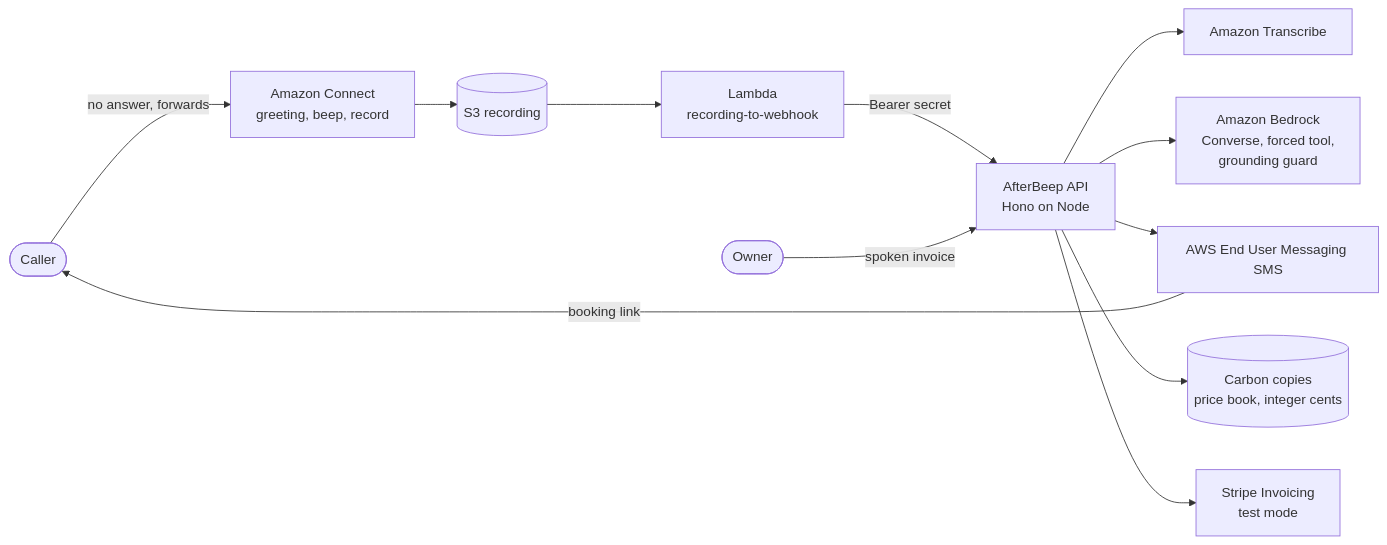
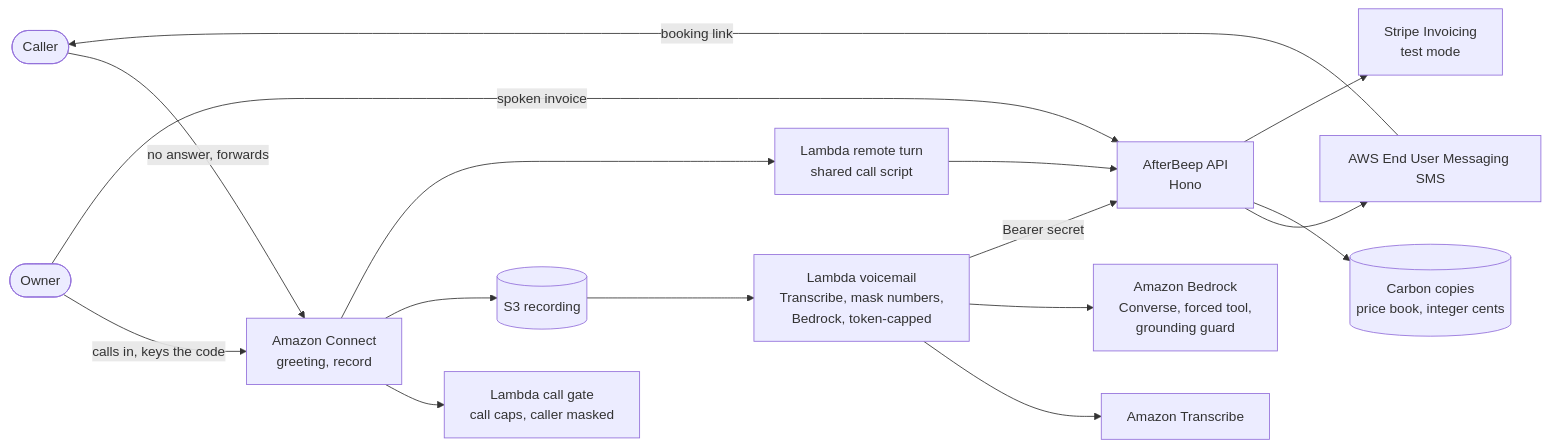
Before and after one commit to blackwingArtisan/afterbeep: the diagram in README.md, drawn with Mermaid. The commit also changed other lines of this file and 25 other files, not shown here.

First line of the commit message:
Put the phone path live on an Amazon Connect demo line

````diff
--- a/README.md
+++ b/README.md
@@ -158,14 +160,17 @@
 ```mermaid
 flowchart LR
-  caller([Caller]) -->|no answer, forwards| connect[Amazon Connect<br/>greeting, beep, record]
+  caller([Caller]) -->|no answer, forwards| connect[Amazon Connect<br/>greeting, record]
+  connect --> gate[Lambda call gate<br/>call caps, caller masked]
   connect --> s3[(S3 recording)]
-  s3 --> lambda[Lambda<br/>recording-to-webhook]
-  lambda -->|Bearer secret| api[AfterBeep API<br/>Hono on Node]
-  api --> transcribe[Amazon Transcribe]
-  api --> bedrock[Amazon Bedrock<br/>Converse, forced tool,<br/>grounding guard]
+  s3 --> lambda[Lambda voicemail<br/>Transcribe, mask numbers,<br/>Bedrock, token-capped]
+  lambda --> transcribe[Amazon Transcribe]
+  lambda --> bedrock[Amazon Bedrock<br/>Converse, forced tool,<br/>grounding guard]
+  lambda -->|Bearer secret| api[AfterBeep API<br/>Hono]
   api --> sms[AWS End User Messaging SMS]
   sms -->|booking link| caller
-  owner([Owner]) -->|spoken invoice| api
+  owner([Owner]) -->|calls in, keys the code| connect
+  connect --> turn[Lambda remote turn<br/>shared call script] --> api
+  owner -->|spoken invoice| api
   api --> book[(Carbon copies<br/>price book, integer cents)]
   api --> stripe[Stripe Invoicing<br/>test mode]
 ```
````
